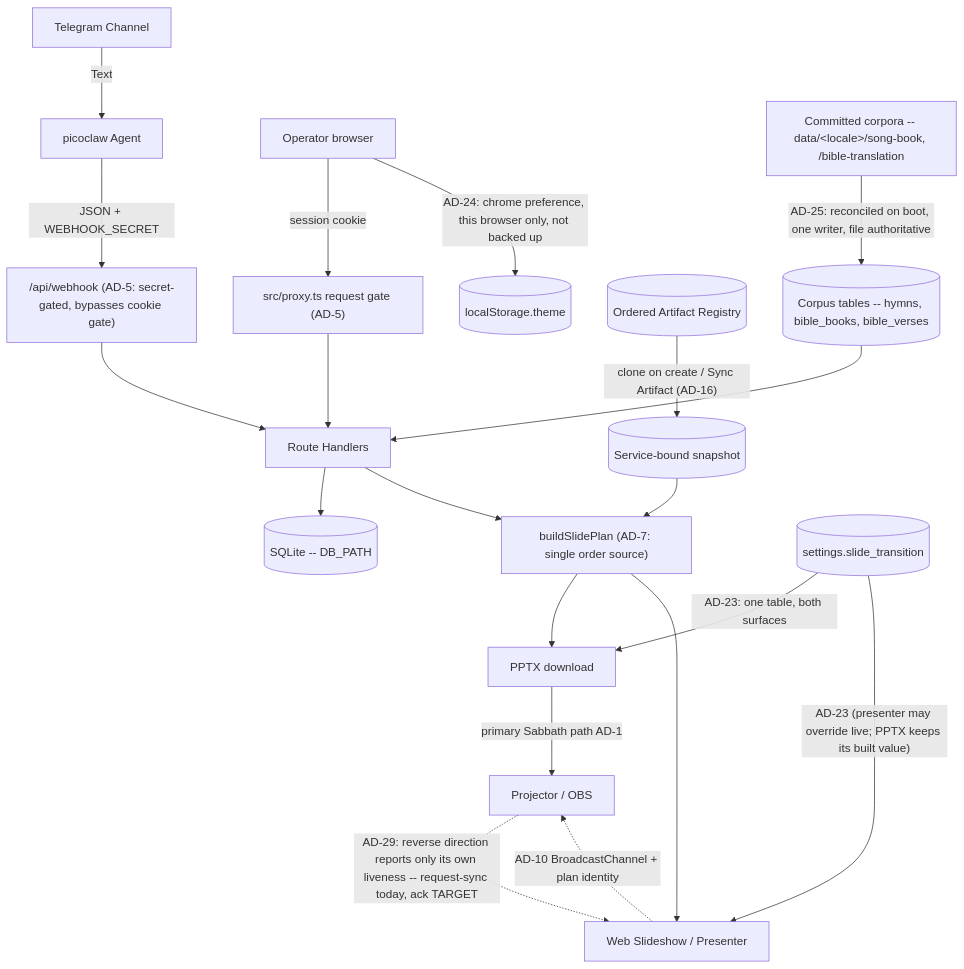
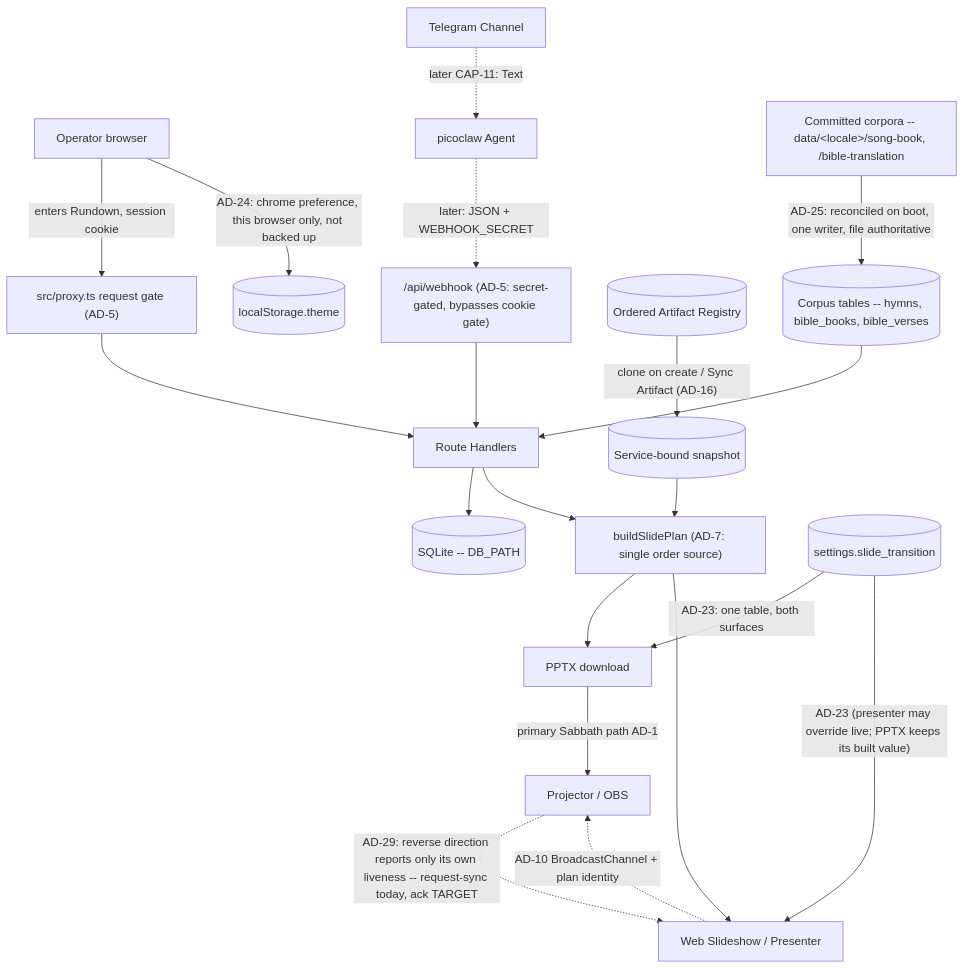
The first of 2 diagrams in .how/_platform/ARCHITECTURE-SPINE.md (wiradigitalid/worship-presenter-web), drawn with Mermaid before and after one commit. The commit also changed other lines of this file and 211 other files, not shown here.

````diff
--- a/.how/_platform/ARCHITECTURE-SPINE.md
+++ b/.how/_platform/ARCHITECTURE-SPINE.md
@@ -282,22 +284,22 @@
 ```mermaid
 graph TD
-    Telegram[Telegram Channel] -->|Text| Picoclaw[picoclaw Agent]
-    Picoclaw -->|JSON + WEBHOOK_SECRET| Webhook["/api/webhook (AD-5: secret-gated, bypasses cookie gate)"]
-    Operator[Operator browser] -->|session cookie| Gate["src/proxy.ts request gate (AD-5)"]
+    Operator[Operator browser] -->|enters Rundown, session cookie| Gate["src/proxy.ts request gate (AD-5)"]
     Gate --> API[Route Handlers]
+    Telegram[Telegram Channel] -.->|"later CAP-11: Text"| Picoclaw[picoclaw Agent]
+    Picoclaw -.->|"later: JSON + WEBHOOK_SECRET"| Webhook["/api/webhook (AD-5: secret-gated, bypasses cookie gate)"]
     Webhook --> API
     API --> DB[(SQLite -- DB_PATH)]
     CorpusFiles["Committed corpora -- data/&lt;locale&gt;/song-book, /bible-translation"] -->|"AD-25: reconciled on boot, one writer, file authoritative"| Corpus[(Corpus tables -- hymns, bible_books, bible_verses)]
     Corpus --> API
     API --> Plan["buildSlidePlan (AD-7: single order source)"]
     Registry[(Ordered Artifact Registry)] -->|"clone on create / Sync Artifact (AD-16)"| Snap[(Service-bound snapshot)]
     Snap --> Plan
     Plan --> PPTX[PPTX download]
     Plan --> WebShow[Web Slideshow / Presenter]
     Settings[(settings.slide_transition)] -->|"AD-23: one table, both surfaces"| PPTX
     Settings -->|"AD-23 (presenter may override live; PPTX keeps its built value)"| WebShow
     PPTX -->|primary Sabbath path AD-1| Projector[Projector / OBS]
     WebShow -.->|"AD-10 BroadcastChannel + plan identity"| Projector
     Projector -.->|"AD-29: reverse direction reports only its own liveness -- request-sync today, ack TARGET"| WebShow
     Operator -->|"AD-24: chrome preference, this browser only, not backed up"| Theme[("localStorage.theme")]
 ```
````
